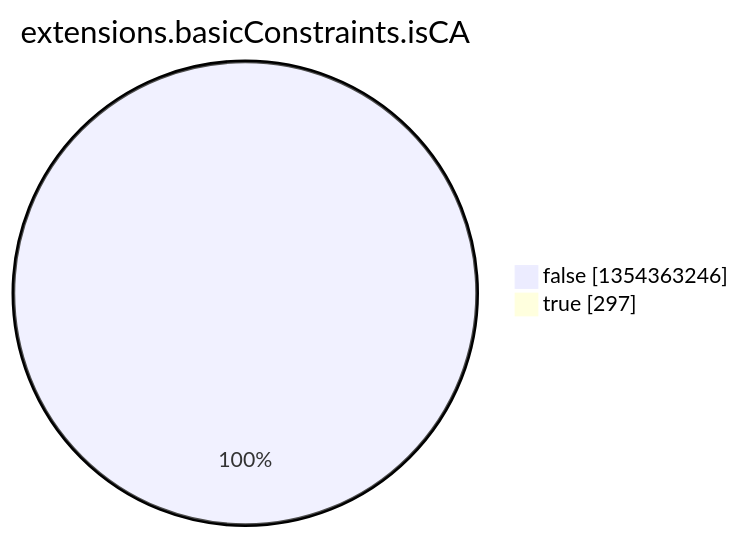
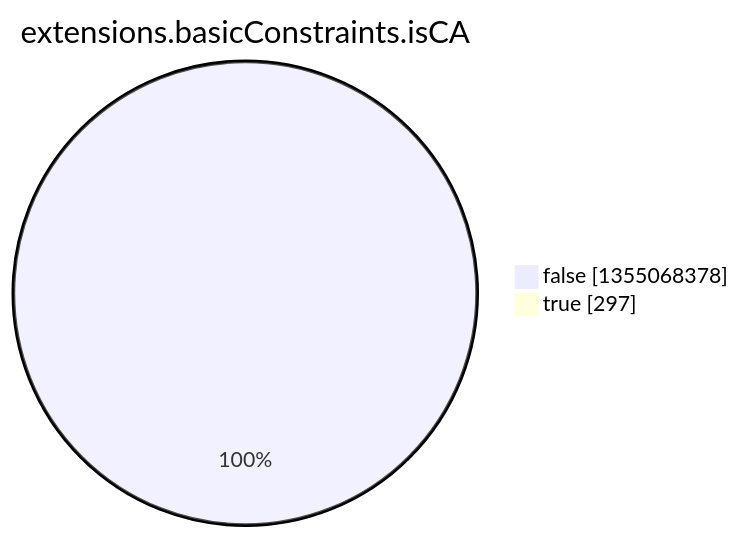
One commit to christiankrug/ctmonitor_visualization changed the eighth of 15 diagrams in argon2022/README.md. Above: the diagram before and after it, drawn with Mermaid. The commit also changed other lines of this file, not shown here.

````diff
--- a/argon2022/README.md
+++ b/argon2022/README.md
@@ -2758,6 +2758,6 @@
 ```mermaid
 pie showData
 title extensions.basicConstraints.isCA
-"false" :1354363246
+"false" :1355068378
 "true" :297
 ```
````
